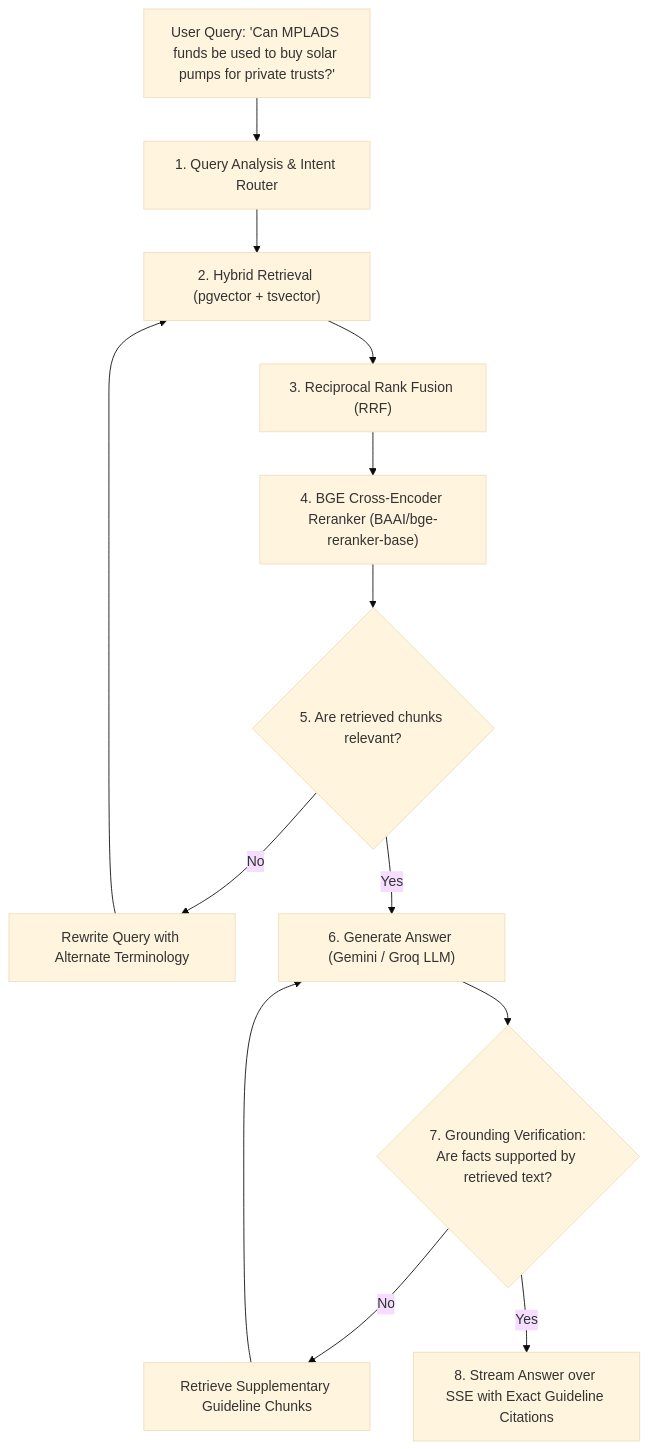
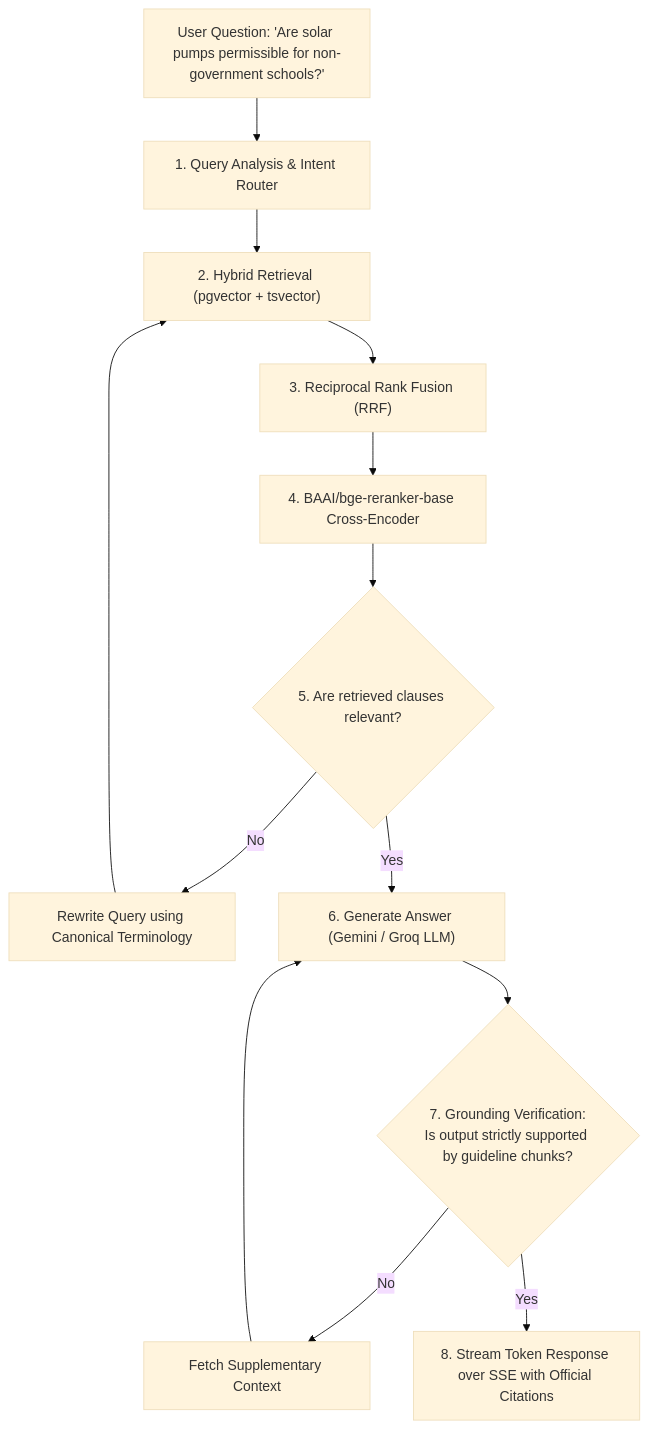
The fifth of 7 diagrams in README.md (EvilLucifer00/MPLAD-Risk-Monitor), drawn with Mermaid (base theme) before and after one commit. The commit also changed other lines of this file, not shown here.

````diff
--- a/README.md
+++ b/README.md
@@ -330,15 +286,15 @@
 ```mermaid
 flowchart TD
-    UserQuery["User Query: 'Can MPLADS funds be used to buy solar pumps for private trusts?'"] --> QA["1. Query Analysis & Intent Router"]
-    QA --> Hybrid["2. Hybrid Retrieval (pgvector + tsvector)"]
-    Hybrid --> RRF["3. Reciprocal Rank Fusion (RRF)"]
-    RRF --> Rerank["4. BGE Cross-Encoder Reranker (BAAI/bge-reranker-base)"]
-    Rerank --> EvalRet{"5. Are retrieved chunks relevant?"}
+    Query["User Question: 'Are solar pumps permissible for non-government schools?'"] --> QueryAnalysis["1. Query Analysis & Intent Router"]
+    QueryAnalysis --> HybridRet["2. Hybrid Retrieval (pgvector + tsvector)"]
+    HybridRet --> RRF["3. Reciprocal Rank Fusion (RRF)"]
+    RRF --> CrossEnc["4. BAAI/bge-reranker-base Cross-Encoder"]
+    CrossEnc --> RelCheck{"5. Are retrieved clauses relevant?"}
 
-    EvalRet -- No --> Rewrite["Rewrite Query with Alternate Terminology"] --> Hybrid
-    EvalRet -- Yes --> GenAnswer["6. Generate Answer (Gemini / Groq LLM)"]
+    RelCheck -- No --> Rewrite["Rewrite Query using Canonical Terminology"] --> HybridRet
+    RelCheck -- Yes --> LLM["6. Generate Answer (Gemini / Groq LLM)"]
 
-    GenAnswer --> GroundCheck{"7. Grounding Verification:<br/>Are facts supported by retrieved text?"}
-    GroundCheck -- No --> RetrieveMore["Retrieve Supplementary Guideline Chunks"] --> GenAnswer
-    GroundCheck -- Yes --> Stream["8. Stream Answer over SSE with Exact Guideline Citations"]
+    LLM --> GroundCheck{"7. Grounding Verification:<br/>Is output strictly supported by guideline chunks?"}
+    GroundCheck -- No --> RetrieveMore["Fetch Supplementary Context"] --> LLM
+    GroundCheck -- Yes --> SSE["8. Stream Token Response over SSE with Official Citations"]
 ```
````
